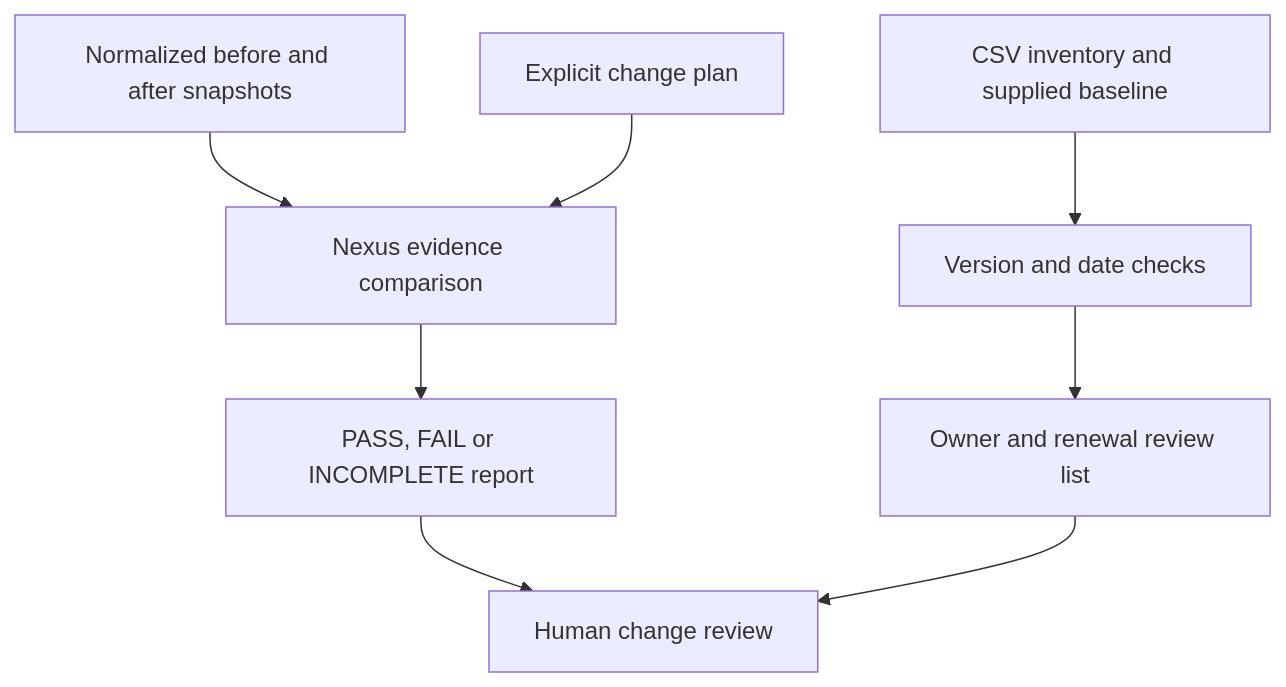
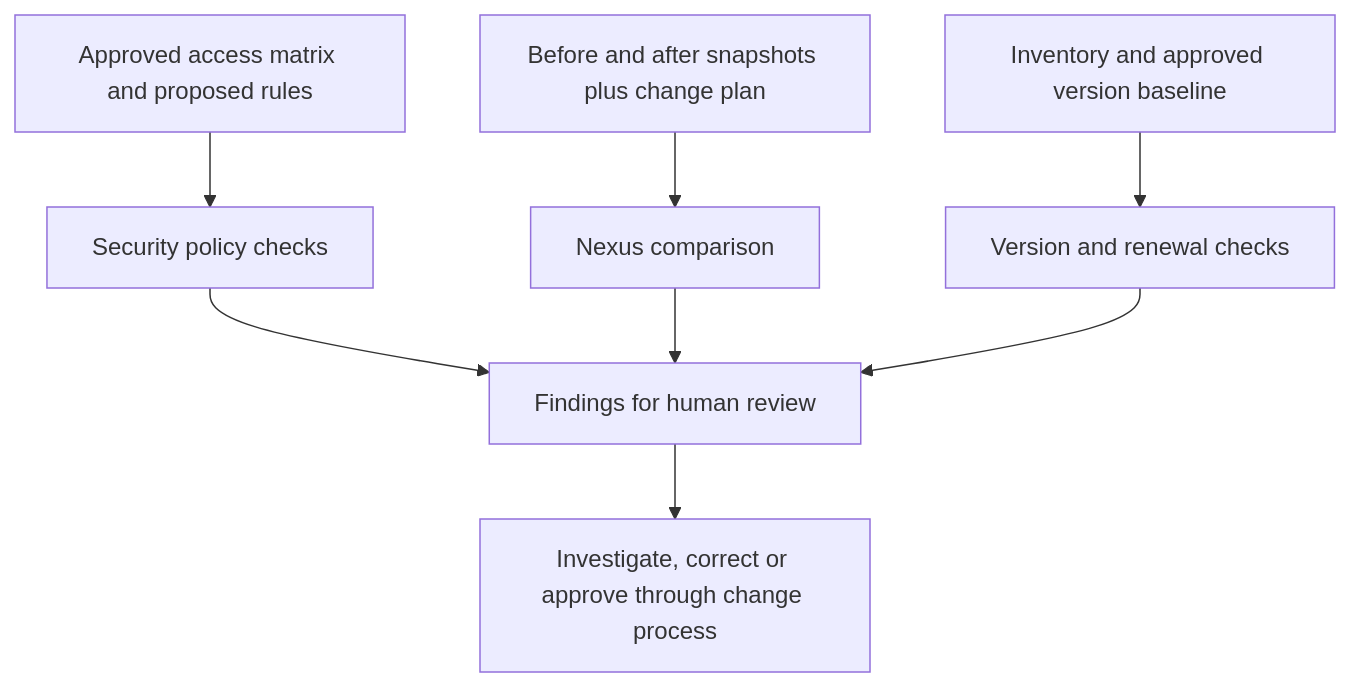
Before and after one commit to malislam/network-change-toolkit: the diagram in README.md, drawn with Mermaid. The commit also changed other lines of this file, not shown here.

Commit message:
Rewrite README around security design and network operations workflows

````diff
--- a/README.md
+++ b/README.md
@@ -36,10 +61,10 @@
 ```mermaid
 flowchart TD
-  A[Normalized before and after snapshots] --> C[Nexus evidence comparison]
-  B[Explicit change plan] --> C
-  C --> D[PASS, FAIL or INCOMPLETE report]
-  E[CSV inventory and supplied baseline] --> F[Version and date checks]
-  F --> G[Owner and renewal review list]
-  D --> H[Human change review]
-  G --> H
+  A[Approved access matrix and proposed rules] --> B[Security policy checks]
+  C[Before and after snapshots plus change plan] --> D[Nexus comparison]
+  E[Inventory and approved version baseline] --> F[Version and renewal checks]
+  B --> G[Findings for human review]
+  D --> G
+  F --> G
+  G --> H[Investigate, correct or approve through change process]
 ```
````
